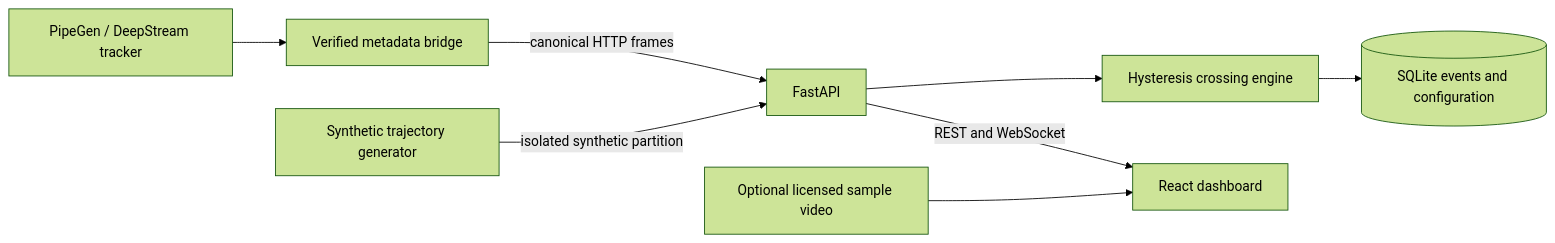
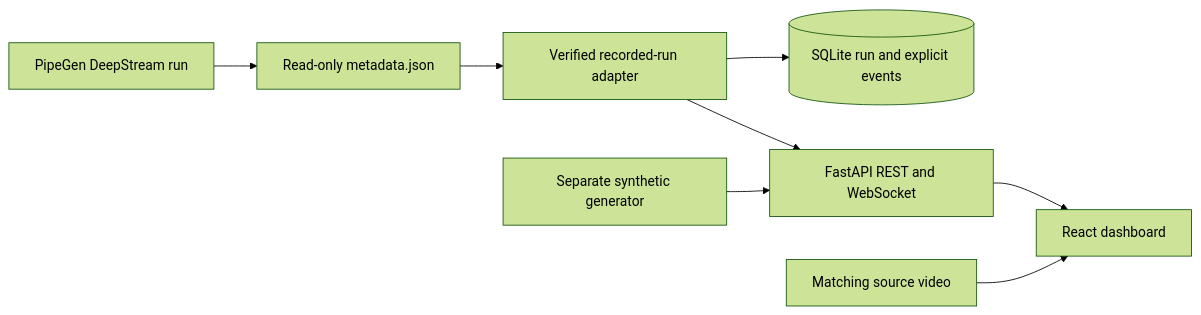
The diagram in README.md (vivekvijayababu/CraftifAIHackathon_CRA004), drawn with Mermaid (forest theme) before and after one commit. The commit also changed other lines of this file and 33 other files, not shown here.

Commit message:
Integrate verified PipeGen recorded run and submission evidence

````diff
--- a/README.md
+++ b/README.md
@@ -33,10 +68,10 @@
 ```mermaid
 flowchart LR
-  P[PipeGen / DeepStream tracker] --> B[Verified metadata bridge]
-  B -->|canonical HTTP frames| A[FastAPI]
-  S[Synthetic trajectory generator] -->|isolated synthetic partition| A
-  A --> C[Hysteresis crossing engine]
-  C --> D[(SQLite events and configuration)]
-  A -->|REST and WebSocket| R[React dashboard]
-  V[Optional licensed sample video] --> R
+  P[PipeGen DeepStream run] --> J[Read-only metadata.json]
+  J --> V[Verified recorded-run adapter]
+  V --> E[(SQLite run and explicit events)]
+  V --> A[FastAPI REST and WebSocket]
+  A --> R[React dashboard]
+  M[Matching source video] --> R
+  S[Separate synthetic generator] --> A
 ```
````
